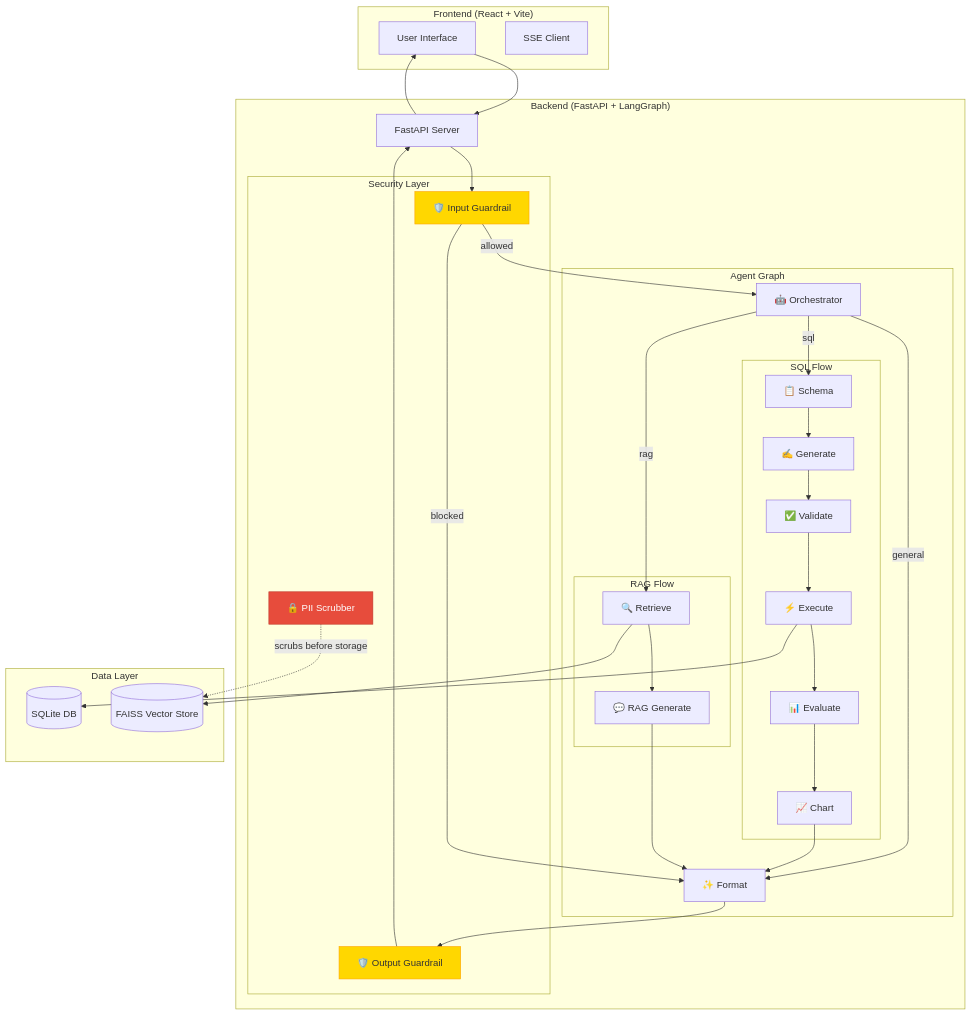
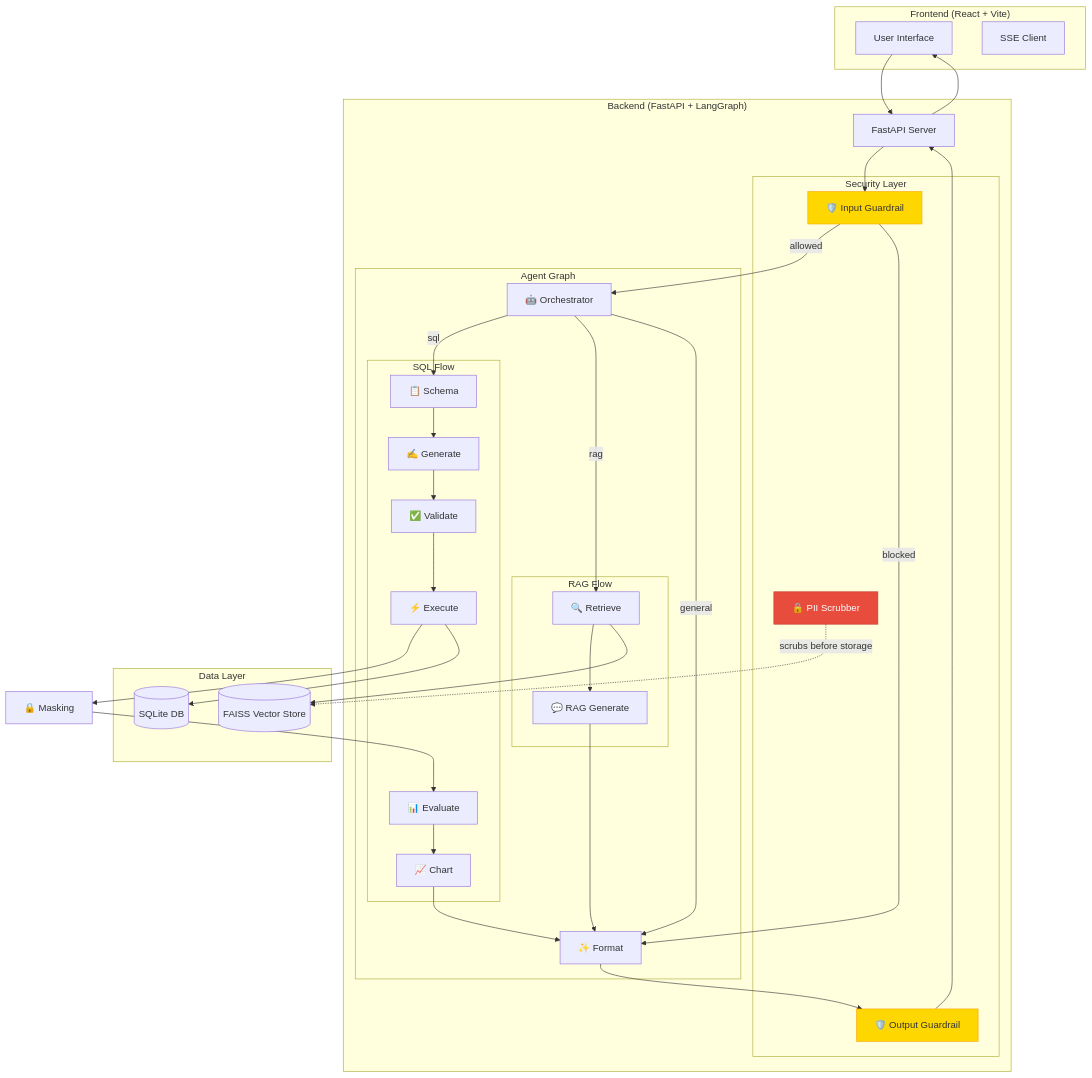
One commit to Tpg1993/text2sqlagent changed the first of 3 diagrams in README.md. Above: the diagram before and after it, drawn with Mermaid. The commit also changed other lines of this file and 30 other files, not shown here.

````diff
--- a/README.md
+++ b/README.md
@@ -22,66 +43,131 @@
 ```mermaid
+
 graph TB
+
     subgraph Frontend["Frontend (React + Vite)"]
+
         UI[User Interface]
+
         SSE[SSE Client]
+
     end
+
     
+
     subgraph Backend["Backend (FastAPI + LangGraph)"]
+
         API[FastAPI Server]
+
         
+
         subgraph Security["Security Layer"]
+
             InputGuard[🛡️ Input Guardrail]
+
             OutputGuard[🛡️ Output Guardrail]
+
             PII[🔒 PII Scrubber]
+
         end
+
         
+
         subgraph Agents["Agent Graph"]
+
             Orch[🤖 Orchestrator]
+
             
+
             subgraph SQL["SQL Flow"]
+
                 Schema[📋 Schema]
+
                 Gen[✍️ Generate]
+
                 Val[✅ Validate]
+
                 Exec[⚡ Execute]
+
                 Eval[📊 Evaluate]
+
                 Chart[📈 Chart]
+
             end
+
             
+
             subgraph RAG["RAG Flow"]
+
                 Ret[🔍 Retrieve]
+
                 RAGGen[💬 RAG Generate]
+
             end
+
             
+
             Format[✨ Format]
+
         end
+
     end
+
     
+
     subgraph Data["Data Layer"]
+
         SQLite[(SQLite DB)]
+
         FAISS[(FAISS Vector Store)]
+
     end
+
     
+
     UI --> API
+
     API --> InputGuard
+
     InputGuard -->|allowed| Orch
+
     InputGuard -->|blocked| Format
+
     
+
     Orch -->|sql| Schema
+
     Orch -->|rag| Ret
+
     Orch -->|general| Format
+
     
-    Schema --> Gen --> Val --> Exec --> Eval --> Chart --> Format
+
+    Schema --> Gen --> Val --> Exec --> Mask[🔒 Masking] --> Eval --> Chart --> Format
+
     Ret --> RAGGen --> Format
+
     
+
     Format --> OutputGuard
+
     OutputGuard --> API
+
     API --> UI
+
     
+
     Exec --> SQLite
+
     Ret --> FAISS
+
     PII -.->|scrubs before storage| FAISS
+
     
+
     style InputGuard fill:#FFD700,stroke:#FFA500
+
     style OutputGuard fill:#FFD700,stroke:#FFA500
+
     style PII fill:#E74C3C,stroke:#C0392B,color:#fff
+
 ```
````
